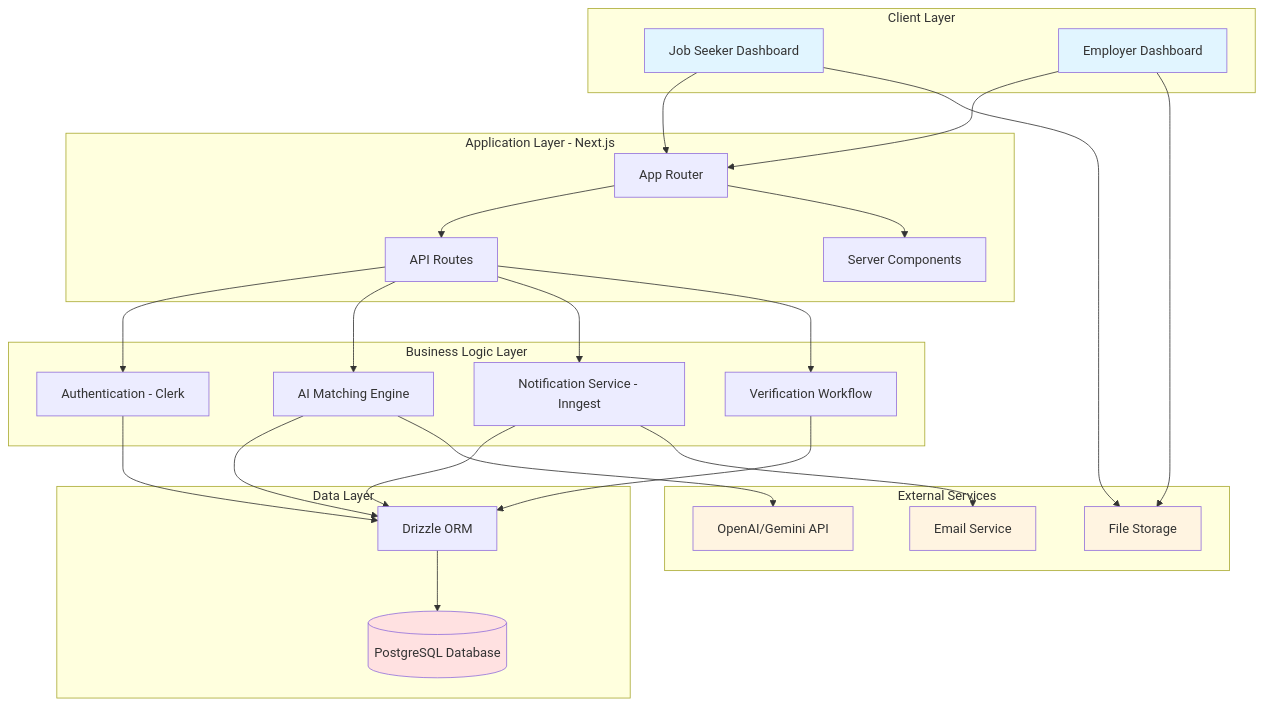
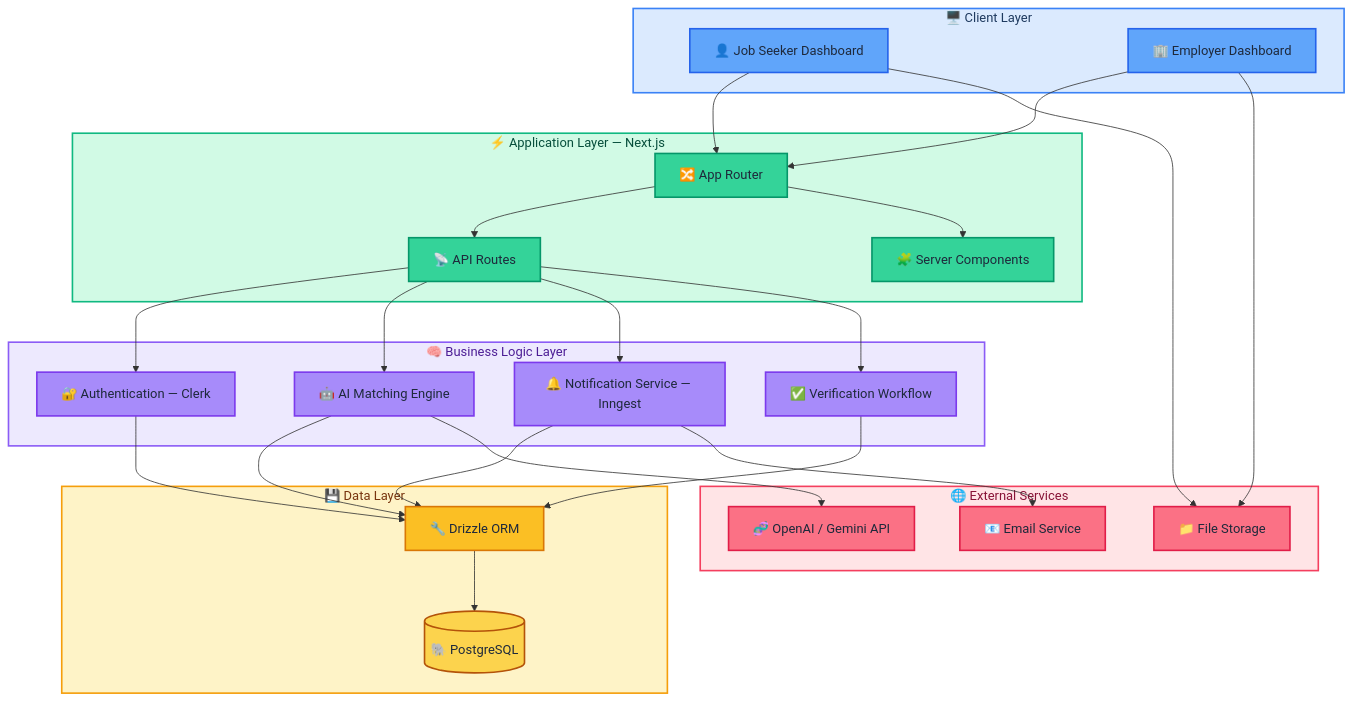
The first of 2 diagrams in README.md (Festo-Wampamba/job-link), drawn with Mermaid before and after one commit. The commit also changed other lines of this file and 1 other file, not shown here.

First line of the commit message:
docs: enhance mermaid diagrams visibility and structure

````diff
--- a/README.md
+++ b/README.md
@@ -77,56 +77,70 @@
 ```mermaid
 graph TB
-    subgraph "Client Layer"
-        A[Job Seeker Dashboard]
-        B[Employer Dashboard]
+    subgraph CLIENT["🖥️ Client Layer"]
+        A["👤 Job Seeker Dashboard"]
+        B["🏢 Employer Dashboard"]
     end
 
-    subgraph "Application Layer - Next.js"
-        C[App Router]
-        D[API Routes]
-        E[Server Components]
+    subgraph APP["⚡ Application Layer — Next.js"]
+        C["🔀 App Router"]
+        D["📡 API Routes"]
+        E["🧩 Server Components"]
     end
 
-    subgraph "Business Logic Layer"
-        F[Authentication - Clerk]
-        G[AI Matching Engine]
-        H[Notification Service - Inngest]
-        I[Verification Workflow]
+    subgraph LOGIC["🧠 Business Logic Layer"]
+        F["🔐 Authentication — Clerk"]
+        G["🤖 AI Matching Engine"]
+        H["🔔 Notification Service — Inngest"]
+        I["✅ Verification Workflow"]
     end
 
-    subgraph "Data Layer"
-        J[Drizzle ORM]
-        K[(PostgreSQL Database)]
+    subgraph DATA["💾 Data Layer"]
+        J["🔧 Drizzle ORM"]
+        K[("🐘 PostgreSQL")]
     end
 
-    subgraph "External Services"
-        L[OpenAI/Gemini API]
-        M[Email Service]
-        N[File Storage]
+    subgraph EXT["🌐 External Services"]
+        L["🧬 OpenAI / Gemini API"]
+        M["📧 Email Service"]
+        N["📁 File Storage"]
     end
 
     A --> C
     B --> C
     C --> D
     C --> E
     D --> F
     D --> G
     D --> H
     D --> I
     F --> J
     G --> J
     H --> J
     I --> J
     J --> K
     G --> L
     H --> M
     A --> N
     B --> N
 
-    style A fill:#e1f5ff
-    style B fill:#e1f5ff
-    style K fill:#ffe1e1
-    style L fill:#fff4e1
-    style M fill:#fff4e1
-    style N fill:#fff4e1
+    style CLIENT fill:#DBEAFE,stroke:#3B82F6,stroke-width:2px,color:#1E3A5F
+    style APP fill:#D1FAE5,stroke:#10B981,stroke-width:2px,color:#064E3B
+    style LOGIC fill:#EDE9FE,stroke:#8B5CF6,stroke-width:2px,color:#4C1D95
+    style DATA fill:#FEF3C7,stroke:#F59E0B,stroke-width:2px,color:#78350F
+    style EXT fill:#FFE4E6,stroke:#F43F5E,stroke-width:2px,color:#881337
+
+    style A fill:#60A5FA,stroke:#2563EB,stroke-width:2px,color:#1E293B
+    style B fill:#60A5FA,stroke:#2563EB,stroke-width:2px,color:#1E293B
+    style C fill:#34D399,stroke:#059669,stroke-width:2px,color:#1E293B
+    style D fill:#34D399,stroke:#059669,stroke-width:2px,color:#1E293B
+    style E fill:#34D399,stroke:#059669,stroke-width:2px,color:#1E293B
+    style F fill:#A78BFA,stroke:#7C3AED,stroke-width:2px,color:#1E293B
+    style G fill:#A78BFA,stroke:#7C3AED,stroke-width:2px,color:#1E293B
+    style H fill:#A78BFA,stroke:#7C3AED,stroke-width:2px,color:#1E293B
+    style I fill:#A78BFA,stroke:#7C3AED,stroke-width:2px,color:#1E293B
+    style J fill:#FBBF24,stroke:#D97706,stroke-width:2px,color:#1E293B
+    style K fill:#FCD34D,stroke:#B45309,stroke-width:2px,color:#1E293B
+    style L fill:#FB7185,stroke:#E11D48,stroke-width:2px,color:#1E293B
+    style M fill:#FB7185,stroke:#E11D48,stroke-width:2px,color:#1E293B
+    style N fill:#FB7185,stroke:#E11D48,stroke-width:2px,color:#1E293B
 ```
````
